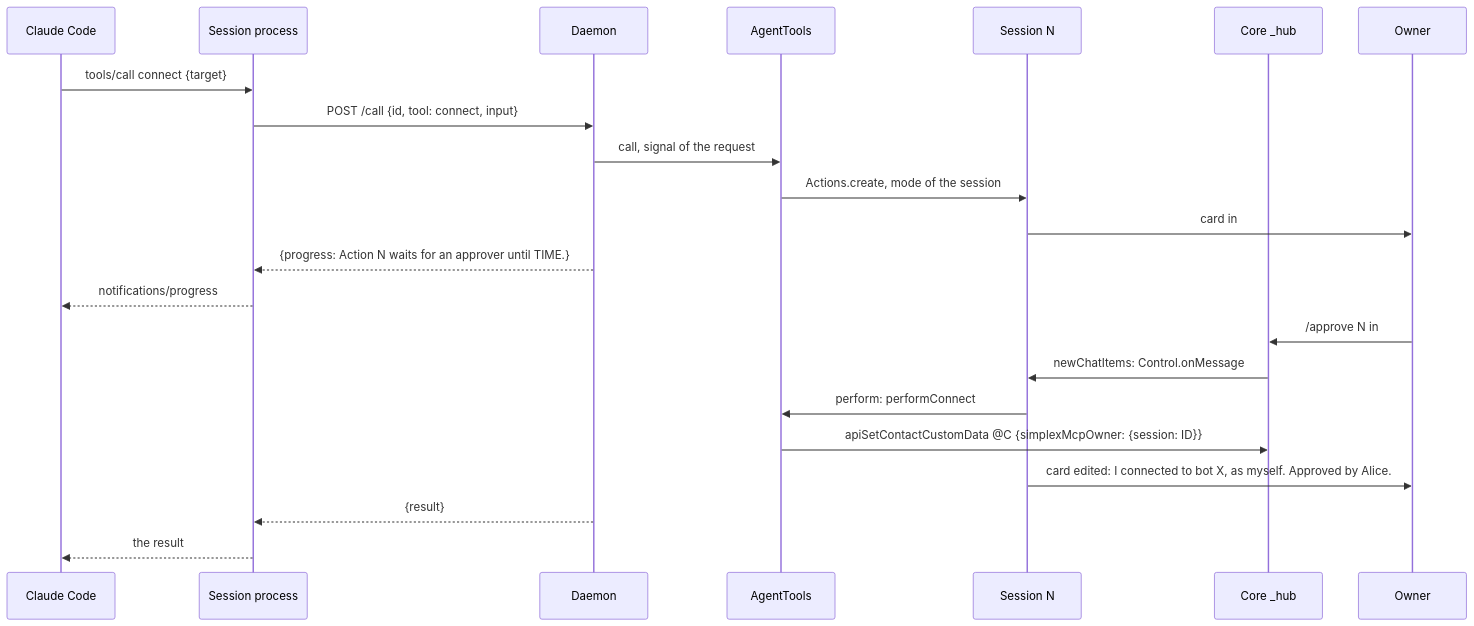
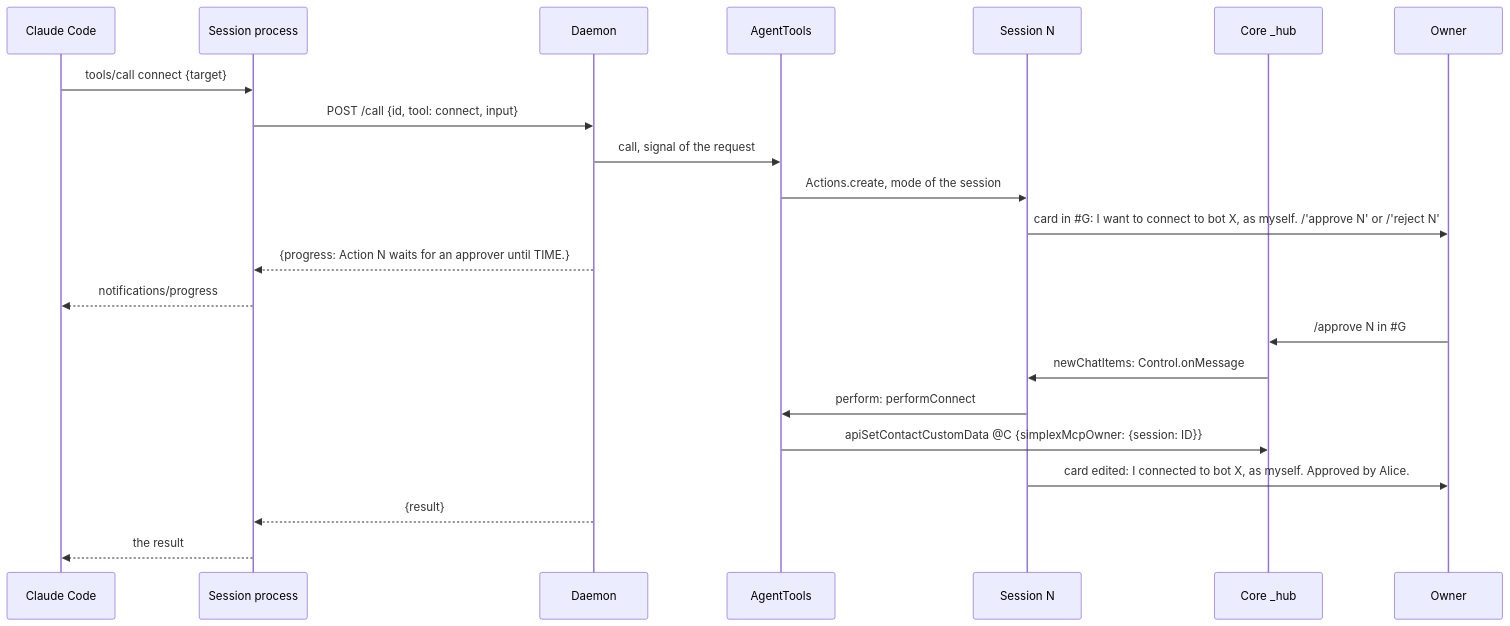
Before and after one commit to simplex-chat/simplex-chat: diagram 19 of 30 in packages/simplex-chat-mcp/spec/flows.md, drawn with Mermaid. The commit also changed other lines of this file and 1 other file, not shown here.

First line of the commit message:
mcp: spec diagrams render whole on GitHub

````diff
--- a/packages/simplex-chat-mcp/spec/flows.md
+++ b/packages/simplex-chat-mcp/spec/flows.md
@@ -857,24 +857,24 @@
 ```mermaid
 sequenceDiagram
   participant CC as Claude Code
   participant S as Session process
   participant D as Daemon
   participant T as AgentTools
   participant N as Session N
   participant C as Core _hub
   participant O as Owner
   CC->>S: tools/call connect {target}
   S->>D: POST /call {id, tool: connect, input}
   D->>T: call, signal of the request
   T->>N: Actions.create, mode of the session
-  N->>O: card in #G: I want to connect to bot X, as myself. /'approve N' or /'reject N'
+  N->>O: card in #35;G: I want to connect to bot X, as myself. /'approve N' or /'reject N'
   D-->>S: {progress: Action N waits for an approver until TIME.}
   S-->>CC: notifications/progress
-  O->>C: /approve N in #G
+  O->>C: /approve N in #35;G
   C->>N: newChatItems: Control.onMessage
   N->>T: perform: performConnect
   T->>C: apiSetContactCustomData @C {simplexMcpOwner: {session: ID}}
   N->>O: card edited: I connected to bot X, as myself. Approved by Alice.
   D-->>S: {result}
   S-->>CC: the result
 ```
````
